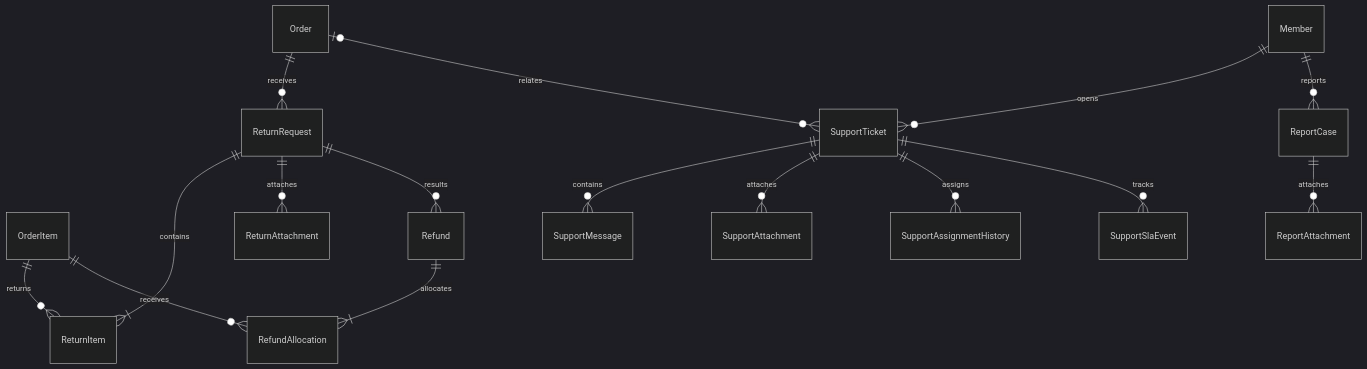
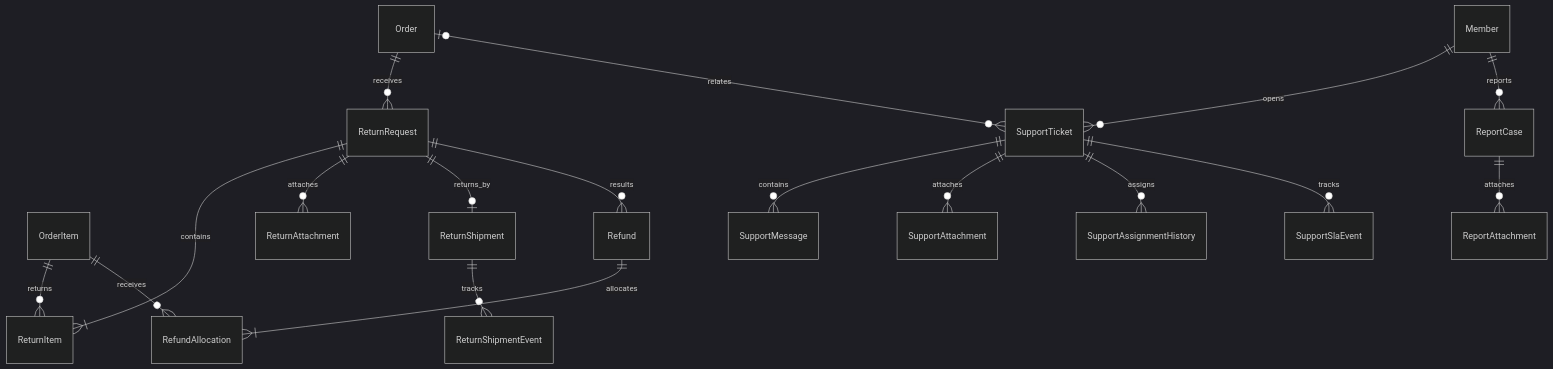
One commit to FullStackDeveloperSecond/FinalProject changed the fourth of 5 diagrams in FP.sheet/FinalProject/03-架構/資料模型與ERD.md. Above: the diagram before and after it, drawn with Mermaid (dark theme). The commit also changed other lines of this file and 44 other files, not shown here.

Commit message:
docs: finalize schema handoffs and email setup

````diff
--- a/FP.sheet/FinalProject/03-架構/資料模型與ERD.md
+++ b/FP.sheet/FinalProject/03-架構/資料模型與ERD.md
@@ -99,18 +101,20 @@
 ```mermaid
 erDiagram
     Order ||--o{ ReturnRequest : receives
     ReturnRequest ||--|{ ReturnItem : contains
     OrderItem ||--o{ ReturnItem : returns
     ReturnRequest ||--o{ ReturnAttachment : attaches
+    ReturnRequest ||--o| ReturnShipment : returns_by
+    ReturnShipment ||--o{ ReturnShipmentEvent : tracks
     ReturnRequest ||--o{ Refund : results
     Refund ||--|{ RefundAllocation : allocates
     OrderItem ||--o{ RefundAllocation : receives
     Member ||--o{ SupportTicket : opens
     Order o|--o{ SupportTicket : relates
     SupportTicket ||--o{ SupportMessage : contains
     SupportTicket ||--o{ SupportAttachment : attaches
     SupportTicket ||--o{ SupportAssignmentHistory : assigns
     SupportTicket ||--o{ SupportSlaEvent : tracks
     Member ||--o{ ReportCase : reports
     ReportCase ||--o{ ReportAttachment : attaches
 ```
````
